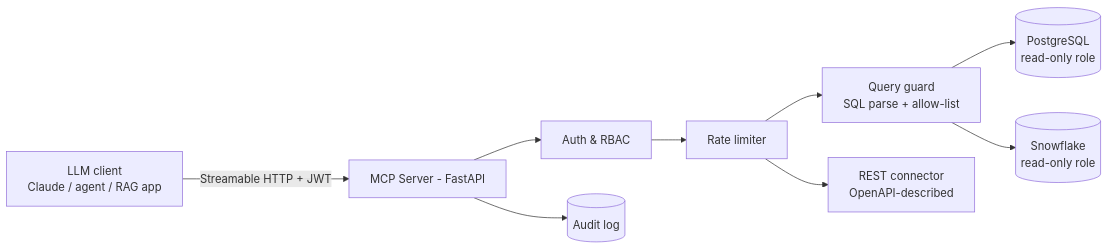
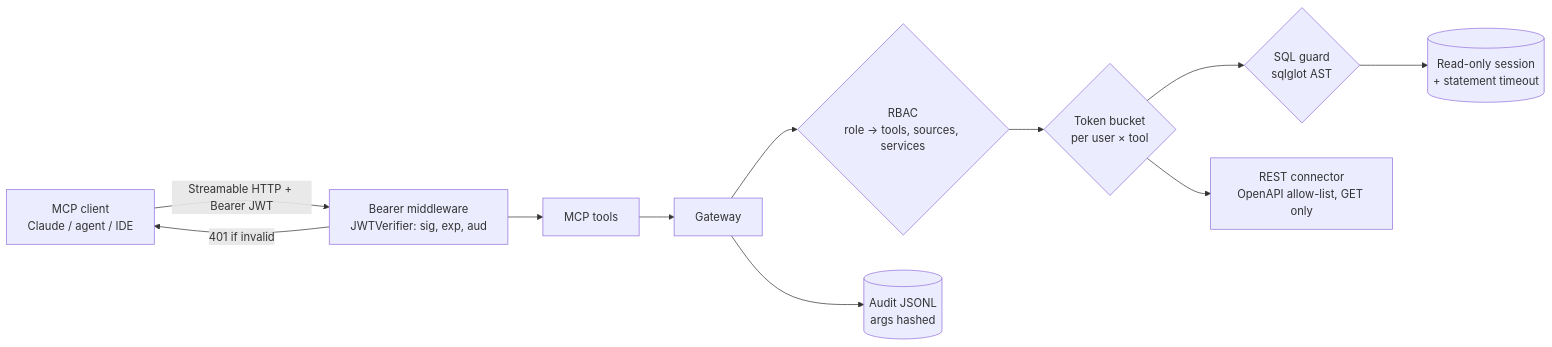
The diagram in README.md (RoopanshuSD/unified-data-mcp-server), drawn with Mermaid before and after one commit. The commit also changed other lines of this file, not shown here.

````diff
--- a/README.md
+++ b/README.md
@@ -31,11 +41,13 @@
 ```mermaid
 flowchart LR
-    C[LLM client<br/>Claude / agent / RAG app] -- Streamable HTTP + JWT --> S[MCP Server - FastAPI]
-    S --> A[Auth & RBAC]
-    A --> R[Rate limiter]
-    R --> Q[Query guard<br/>SQL parse + allow-list]
-    Q --> PG[(PostgreSQL<br/>read-only role)]
-    Q --> SF[(Snowflake<br/>read-only role)]
-    R --> API[REST connector<br/>OpenAPI-described]
-    S --> L[(Audit log)]
+    C[MCP client<br/>Claude / agent / IDE] -- Streamable HTTP + Bearer JWT --> M[Bearer middleware<br/>JWTVerifier: sig, exp, aud]
+    M -- 401 if invalid --> C
+    M --> T[MCP tools]
+    T --> G[Gateway]
+    G --> R{RBAC<br/>role → tools, sources, services}
+    R --> L{Token bucket<br/>per user × tool}
+    L --> Q{SQL guard<br/>sqlglot AST}
+    Q --> DB[(Read-only session<br/>+ statement timeout)]
+    L --> API[REST connector<br/>OpenAPI allow-list, GET only]
+    G --> A[(Audit JSONL<br/>args hashed)]
 ```
````
